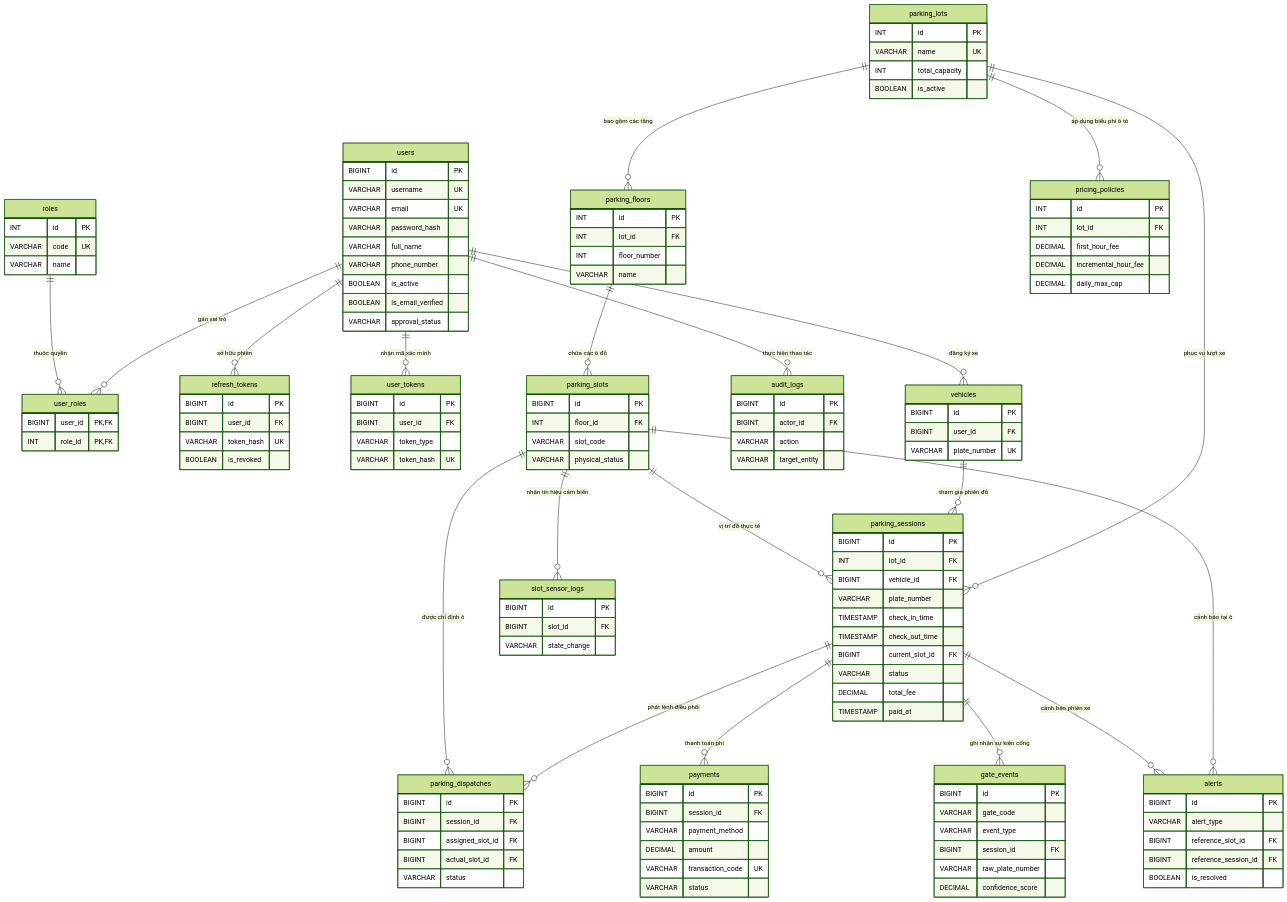
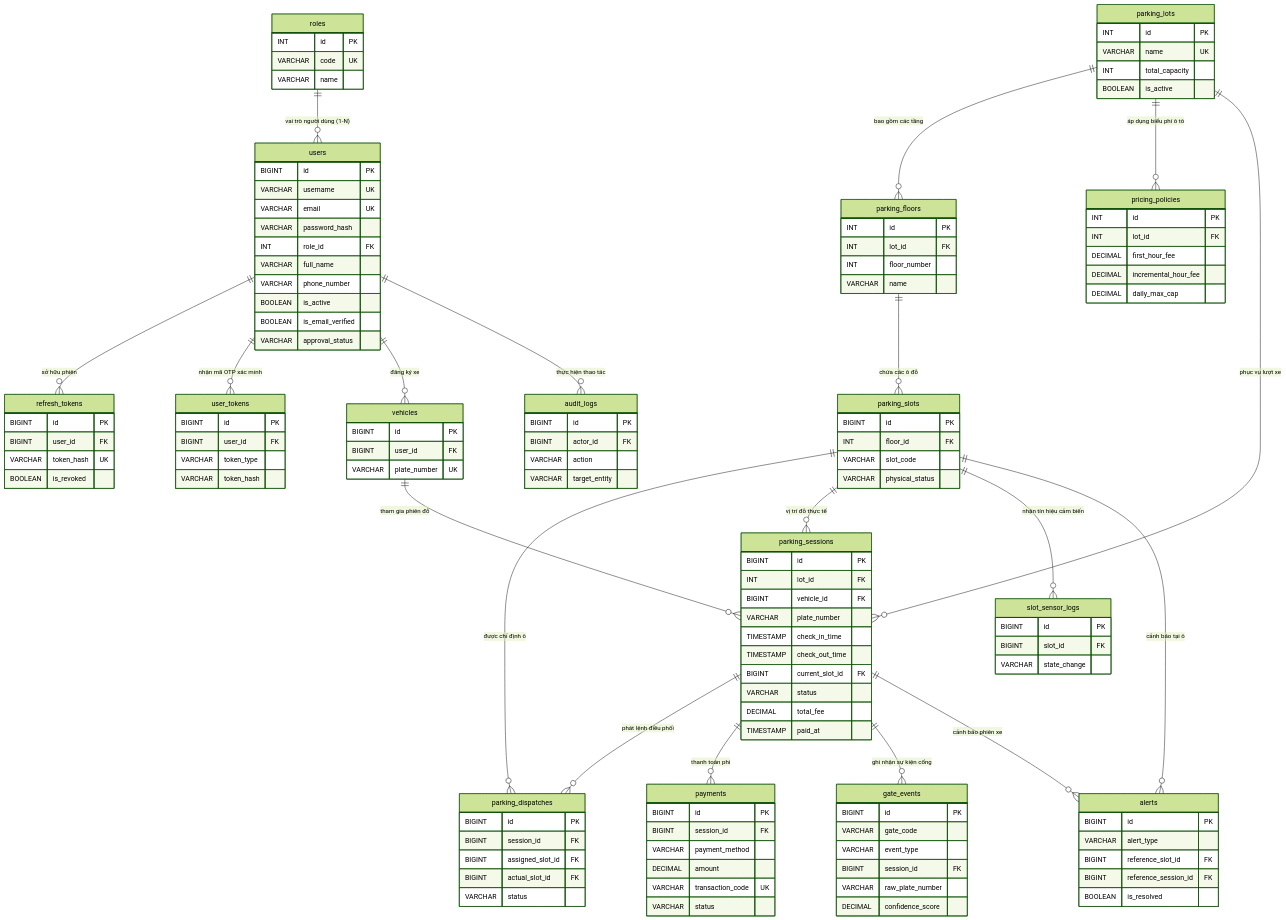
The diagram in docs/database/06_ERD_OVERVIEW.md (silver-phung/smart-parking-system), drawn with Mermaid (forest theme) before and after one commit. The commit also changed other lines of this file and 8 other files, not shown here.

First line of the commit message:
docs(database): finalize accounts database design and ERD specifications

````diff
--- a/docs/database/06_ERD_OVERVIEW.md
+++ b/docs/database/06_ERD_OVERVIEW.md
@@ -48,12 +47,9 @@
 ```mermaid
 erDiagram
     %% ==========================================
-    %% NHÓM A: ACCOUNTS & AUTHORIZATION
-    %% ==========================================
-    users ||--o{ user_roles : "gán vai trò"
-    roles ||--o{ user_roles : "thuộc quyền"
+    roles ||--o{ users : "vai trò người dùng (1-N)"
     users ||--o{ refresh_tokens : "sở hữu phiên"
-    users ||--o{ user_tokens : "nhận mã xác minh"
+    users ||--o{ user_tokens : "nhận mã OTP xác minh"
     users ||--o{ vehicles : "đăng ký xe"
     users ||--o{ audit_logs : "thực hiện thao tác"
 
@@ -102,6 +98,7 @@
         VARCHAR username UK
         VARCHAR email UK
         VARCHAR password_hash
+        INT role_id FK
         VARCHAR full_name
         VARCHAR phone_number
         BOOLEAN is_active
@@ -115,11 +112,6 @@
         VARCHAR name
     }
 
-    user_roles {
-        BIGINT user_id PK,FK
-        INT role_id PK,FK
-    }
-
     refresh_tokens {
         BIGINT id PK
         BIGINT user_id FK
@@ -131,7 +123,7 @@
         BIGINT id PK
         BIGINT user_id FK
         VARCHAR token_type
-        VARCHAR token_hash UK
+        VARCHAR token_hash
     }
 
     parking_lots {
````
